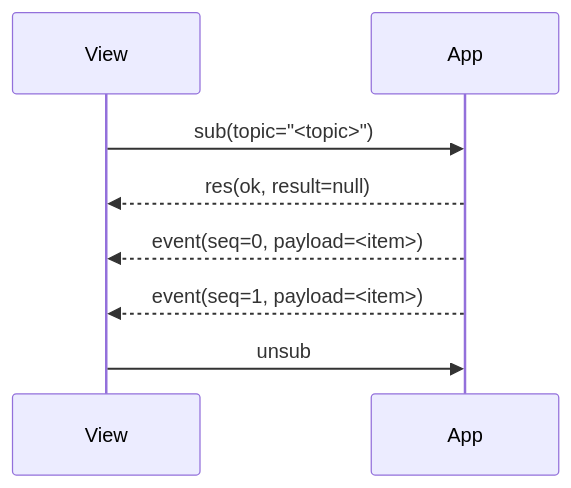
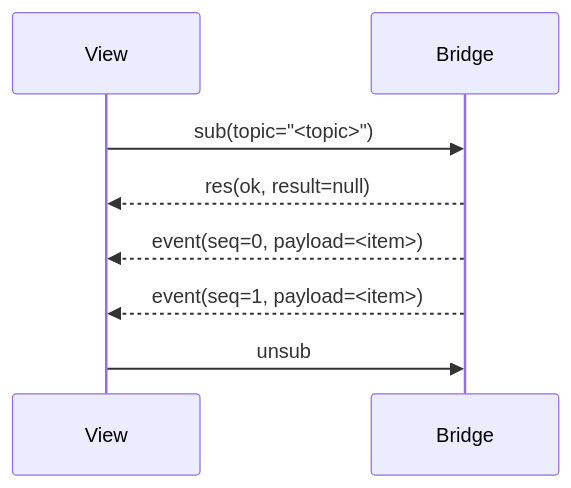
One commit to LingXia-Dev/LingXia changed the fourth of 8 diagrams in docs/internal/bridge-protocol.md. Above: the diagram before and after it, drawn with Mermaid. The commit also changed other lines of this file, not shown here.

Commit message:
docs(bridge): refine bridge protocol spec and flow semantics

````diff
--- a/docs/internal/bridge-protocol.md
+++ b/docs/internal/bridge-protocol.md
@@ -511,10 +566,10 @@
 ```mermaid
 sequenceDiagram
   participant View
-  participant App
-  View->>App: sub(topic="<topic>")
-  App-->>View: res(ok, result=null)
-  App-->>View: event(seq=0, payload=<item>)
-  App-->>View: event(seq=1, payload=<item>)
-  View->>App: unsub
+  participant Bridge
+  View->>Bridge: sub(topic="<topic>")
+  Bridge-->>View: res(ok, result=null)
+  Bridge-->>View: event(seq=0, payload=<item>)
+  Bridge-->>View: event(seq=1, payload=<item>)
+  View->>Bridge: unsub
 ```
````
